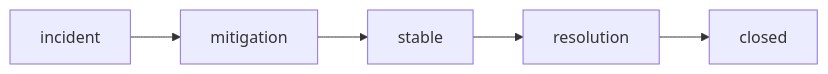
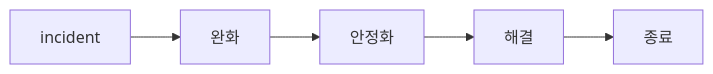
Before and after one commit to yeongseon-books/book-content: the diagram in content/incident-response-101/ko/07-mitigation-and-resolution.md, drawn with Mermaid. The commit also changed other lines of this file and 9 other files, not shown here.

````diff
--- a/content/incident-response-101/ko/07-mitigation-and-resolution.md
+++ b/content/incident-response-101/ko/07-mitigation-and-resolution.md
@@ -33,7 +49,7 @@
 ```mermaid
 flowchart LR
-    Incident["incident"] --> Mit["mitigation"]
-    Mit --> Stable["stable"]
-    Stable --> Res["resolution"]
-    Res --> Closed["closed"]
+    Incident["incident"] --> Mit["완화"]
+    Mit --> Stable["안정화"]
+    Stable --> Res["해결"]
+    Res --> Closed["종료"]
 ```
````
